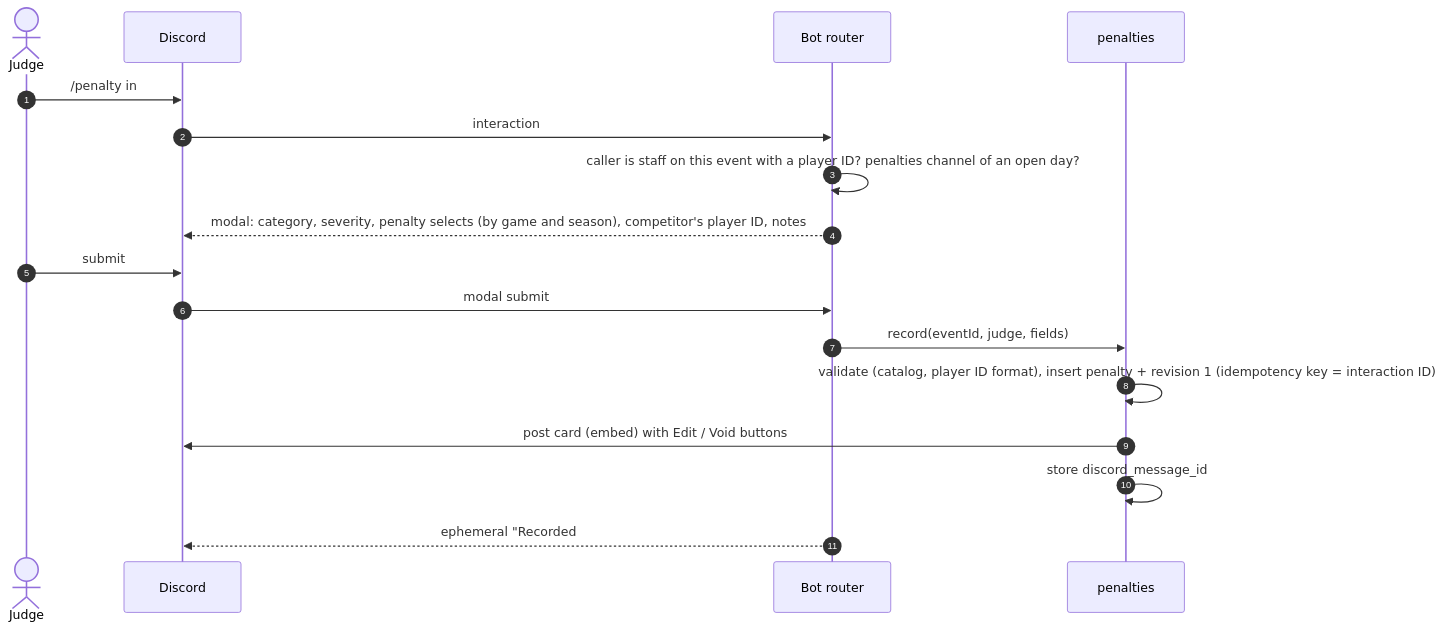
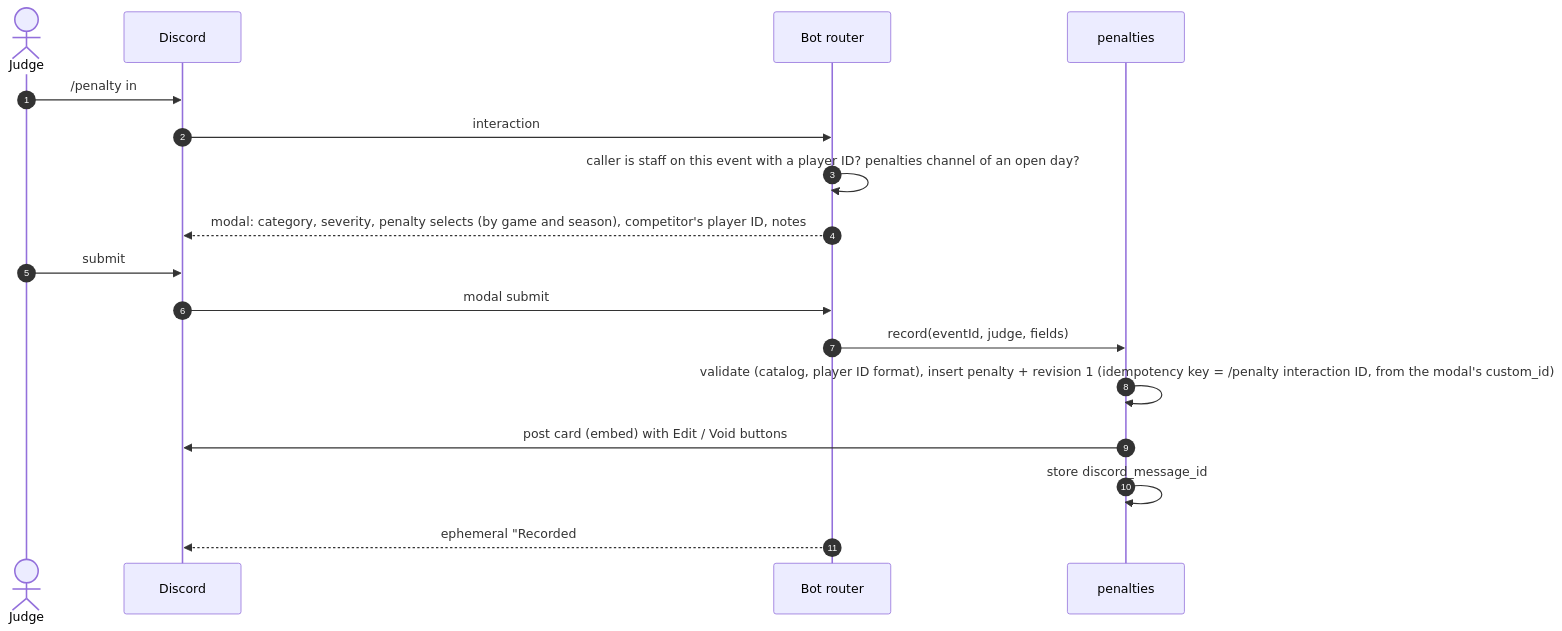
Before and after one commit to Towerism/discord-pokemon-tournament-genie: the fourth of 4 diagrams in docs/architecture/README.md, drawn with Mermaid. The commit also changed other lines of this file and 10 other files, not shown here.

````diff
--- a/docs/architecture/README.md
+++ b/docs/architecture/README.md
@@ -581,19 +588,19 @@
 ```mermaid
 sequenceDiagram
   autonumber
   actor Jd as Judge
   participant D as Discord
   participant B as Bot router
   participant P as penalties
   Jd->>D: /penalty in #lc-penalties (round; event too in a day-wide channel)
   D->>B: interaction
   B->>B: caller is staff on this event with a player ID? penalties channel of an open day?
   B-->>D: modal: category, severity, penalty selects (by game and season), competitor's player ID, notes
   Jd->>D: submit
   D->>B: modal submit
   B->>P: record(eventId, judge, fields)
-  P->>P: validate (catalog, player ID format), insert penalty + revision 1 (idempotency key = interaction ID)
+  P->>P: validate (catalog, player ID format), insert penalty + revision 1 (idempotency key = /penalty interaction ID, from the modal's custom_id)
   P->>D: post card (embed) with Edit / Void buttons
   P->>P: store discord_message_id
   B-->>D: ephemeral "Recorded #12"
 ```
````
